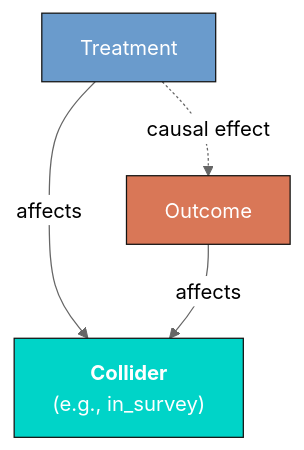
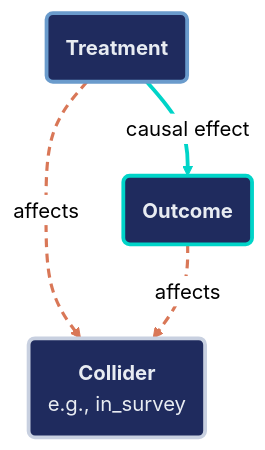
One commit to cmg777/starter-academic-v501 changed the fourth of 5 diagrams in content/post/python_dowhy/references/tutorial.qmd. Above: the diagram before and after it, drawn with Mermaid (neutral theme). The commit also changed other lines of this file and 42 other files, not shown here.

First line of the commit message:
content(mermaid): restyle Mermaid copies in tutorial sources and the LaLonde slide deck

````diff
--- a/content/post/python_dowhy/references/tutorial.qmd
+++ b/content/post/python_dowhy/references/tutorial.qmd
@@ -508,10 +515,14 @@
 ```{mermaid}
 graph TD
-    T["Treatment"] -->|"affects"| Col["<b>Collider</b><br/>(e.g., in_survey)"]
-    Y["Outcome"] -->|"affects"| Col
-    T -.->|"causal effect"| Y
-
-    style T fill:#6a9bcc,stroke:#141413,color:#fff
-    style Col fill:#00d4c8,stroke:#141413,color:#fff
-    style Y fill:#d97757,stroke:#141413,color:#fff
+    T("<b>Treatment</b>") -.->|"affects"| Col("<b>Collider</b><br/>e.g., in_survey")
+    Y("<b>Outcome</b>") -.->|"affects"| Col
+    T ==>|"causal effect"| Y
+    classDef blue fill:#1f2b5e,stroke:#6a9bcc,stroke-width:3px,color:#e8ecf2
+    classDef gray fill:#1f2b5e,stroke:#c8d0e0,stroke-width:3px,color:#e8ecf2
+    classDef teal fill:#1f2b5e,stroke:#00d4c8,stroke-width:3px,color:#e8ecf2
+    class T blue
+    class Col gray
+    class Y teal
+    linkStyle 0,1 stroke:#d97757,stroke-width:2.5px,stroke-dasharray:7 5
+    linkStyle 2 stroke:#00d4c8,stroke-width:3px
 ```
````
